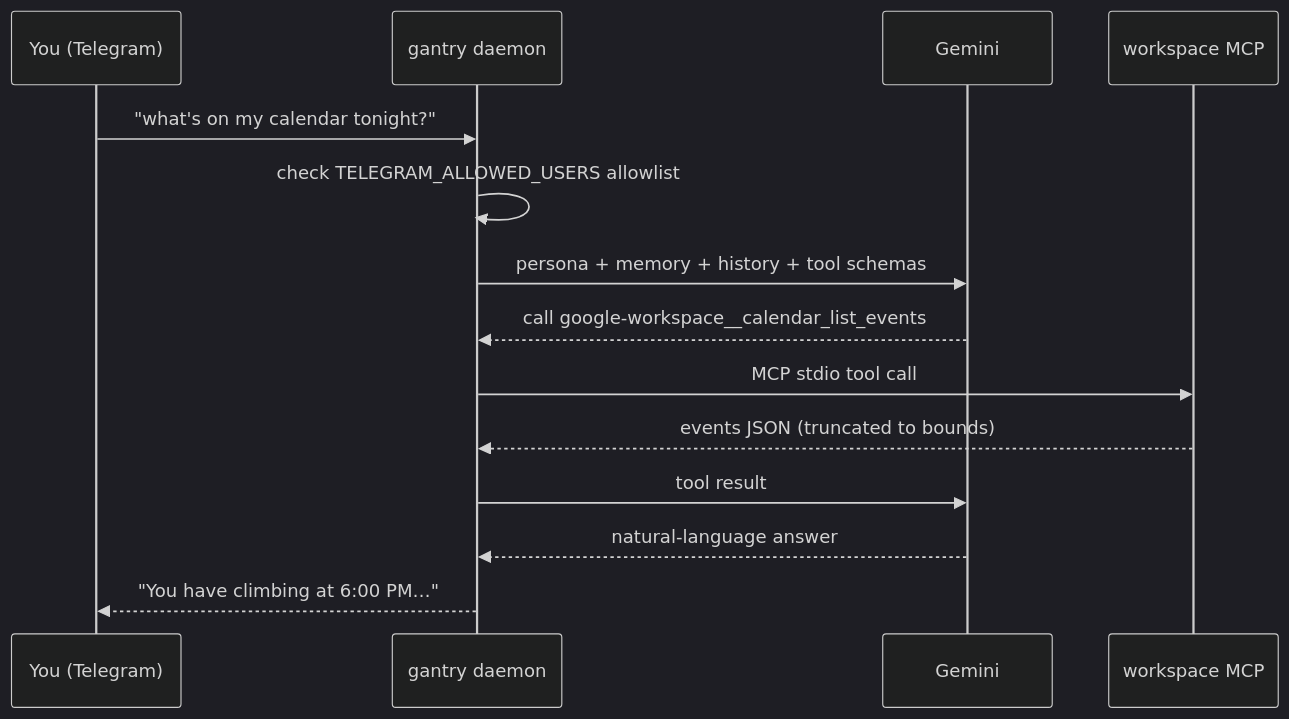
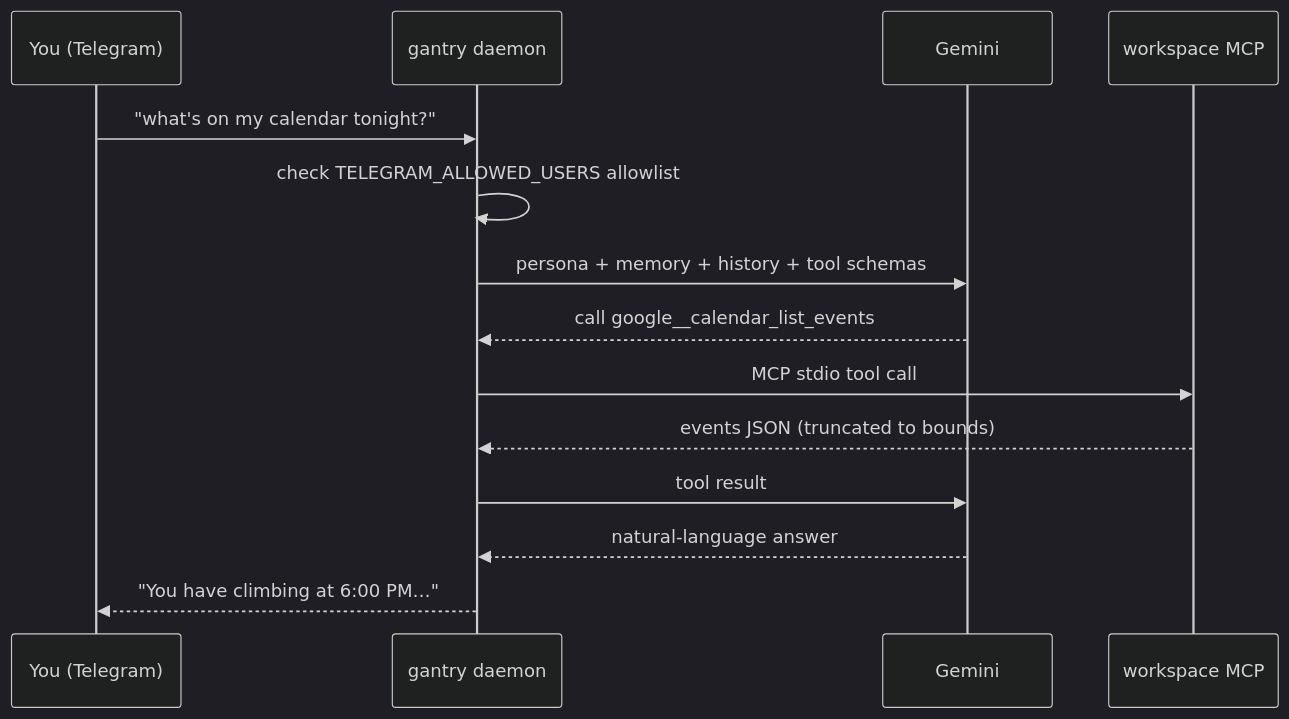
One commit to shotah/ai-gantry changed the second of 4 diagrams in local-agent/README.md. Above: the diagram before and after it, drawn with Mermaid (dark theme). The commit also changed other lines of this file and 29 other files, not shown here.

````diff
--- a/local-agent/README.md
+++ b/local-agent/README.md
@@ -99,16 +99,16 @@
 ```mermaid
 sequenceDiagram
   participant U as You (Telegram)
   participant G as gantry daemon
   participant L as Gemini
   participant W as workspace MCP
   U->>G: "what's on my calendar tonight?"
   G->>G: check TELEGRAM_ALLOWED_USERS allowlist
   G->>L: persona + memory + history + tool schemas
-  L-->>G: call google-workspace__calendar_list_events
+  L-->>G: call google__calendar_list_events
   G->>W: MCP stdio tool call
   W-->>G: events JSON (truncated to bounds)
   G->>L: tool result
   L-->>G: natural-language answer
   G-->>U: "You have climbing at 6:00 PM…"
 ```
````
